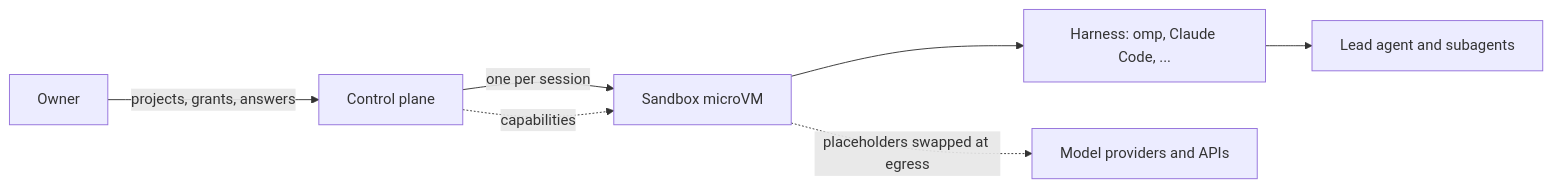
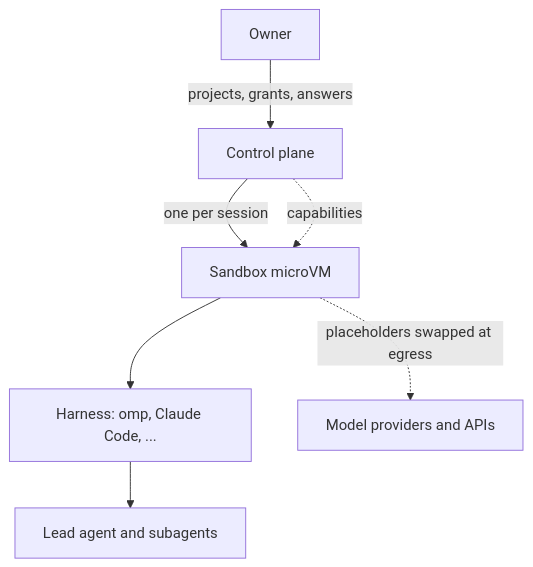
One commit to phibkro/agent-hypervisor changed the diagram in docs/content/docs/index.mdx. Above: the diagram before and after it, drawn with Mermaid. The commit also changed 5 other files, not shown here.

First line of the commit message:
Docs diagrams: dark variants, top-to-bottom layout, phone-friendly sizing

````diff
--- a/docs/content/docs/index.mdx
+++ b/docs/content/docs/index.mdx
@@ -12,9 +12,9 @@
 ```mermaid
-flowchart LR
+flowchart TD
   O[Owner] -->|projects, grants, answers| CP[Control plane]
   CP -->|one per session| SB[Sandbox microVM]
   SB --> H[Harness: omp, Claude Code, ...]
   H --> A[Lead agent and subagents]
   CP -. capabilities .-> SB
   SB -. placeholders swapped at egress .-> M[Model providers and APIs]
 ```
````
